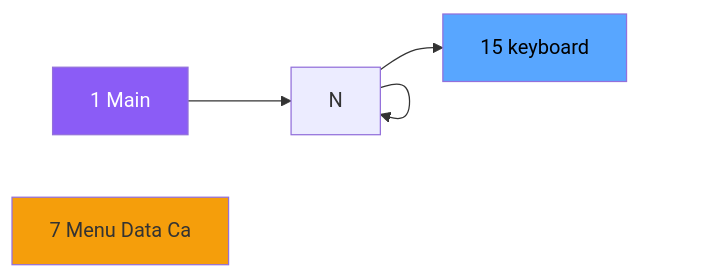
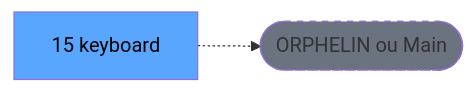
Before and after one commit to thonyAGP/lecteur-magic: the second of 3 diagrams in .openspec/specs/ADH-IDE-15.md, drawn with Mermaid. The commit also changed other lines of this file and 701 other files, not shown here.

````diff
--- a/.openspec/specs/ADH-IDE-15.md
+++ b/.openspec/specs/ADH-IDE-15.md
@@ -108,13 +117,8 @@
 ```mermaid
 graph LR
-    M[1 Main]
-    N7[7 Menu Data Ca]
     T[15 keyboard]
-    M --> N
-    N --> N
-    N --> N
-    N --> T
-    style M fill:#8b5cf6,color:#fff
-    style N7 fill:#f59e0b
+    ORPHAN([ORPHELIN ou Main])
+    T -.-> ORPHAN
     style T fill:#58a6ff,color:#000
+    style ORPHAN fill:#6b7280,stroke-dasharray: 5 5
 ```
````
